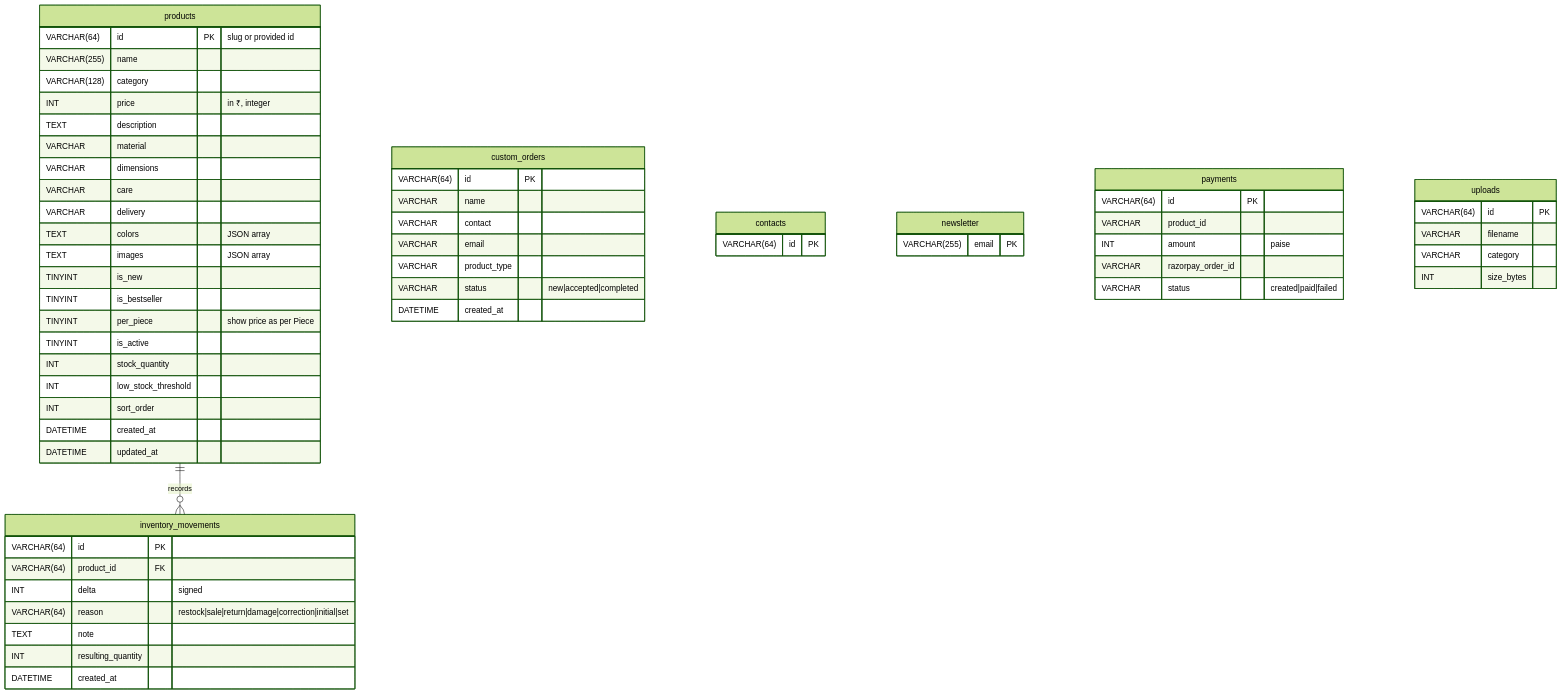
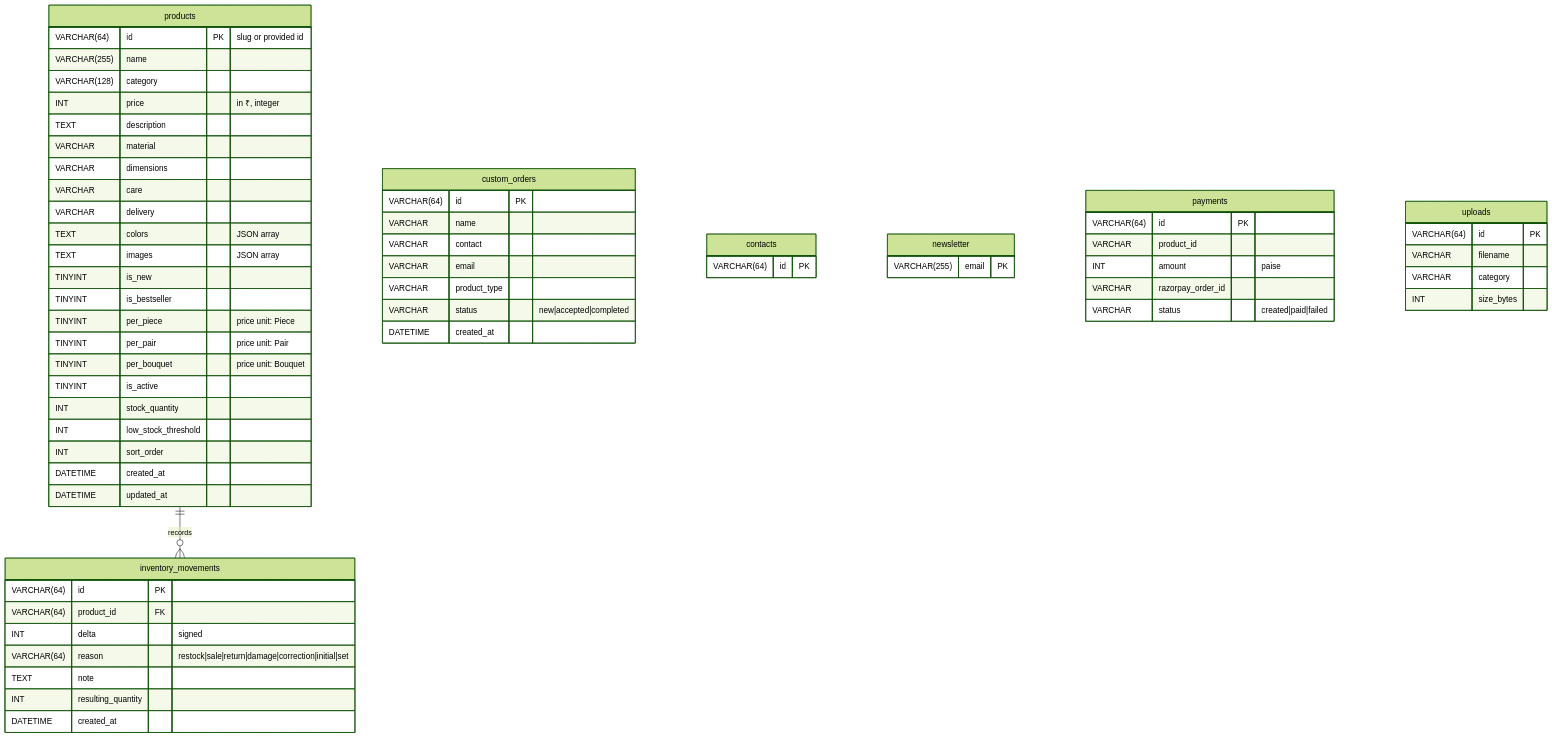
The fourth of 6 diagrams in README.md (ezioavi42/_SutraKriti2.0), drawn with Mermaid (forest theme) before and after one commit. The commit also changed other lines of this file and 10 other files, not shown here.

````diff
--- a/README.md
+++ b/README.md
@@ -185,59 +185,61 @@
 ```mermaid
 erDiagram
     products ||--o{ inventory_movements : "records"
     products {
         VARCHAR(64) id PK "slug or provided id"
         VARCHAR(255) name
         VARCHAR(128) category
         INT price "in ₹, integer"
         TEXT description
         VARCHAR material
         VARCHAR dimensions
         VARCHAR care
         VARCHAR delivery
         TEXT colors "JSON array"
         TEXT images "JSON array"
         TINYINT is_new
         TINYINT is_bestseller
-        TINYINT per_piece "show price as per Piece"
+        TINYINT per_piece "price unit: Piece"
+        TINYINT per_pair "price unit: Pair"
+        TINYINT per_bouquet "price unit: Bouquet"
         TINYINT is_active
         INT stock_quantity
         INT low_stock_threshold
         INT sort_order
         DATETIME created_at
         DATETIME updated_at
     }
     inventory_movements {
         VARCHAR(64) id PK
         VARCHAR(64) product_id FK
         INT delta "signed"
         VARCHAR(64) reason "restock|sale|return|damage|correction|initial|set"
         TEXT note
         INT resulting_quantity
         DATETIME created_at
     }
     custom_orders {
         VARCHAR(64) id PK
         VARCHAR name
         VARCHAR contact
         VARCHAR email
         VARCHAR product_type
         VARCHAR status "new|accepted|completed"
         DATETIME created_at
     }
     contacts { VARCHAR(64) id PK }
     newsletter { VARCHAR(255) email PK }
     payments {
         VARCHAR(64) id PK
         VARCHAR product_id
         INT amount "paise"
         VARCHAR razorpay_order_id
         VARCHAR status "created|paid|failed"
     }
     uploads {
         VARCHAR(64) id PK
         VARCHAR filename
         VARCHAR category
         INT size_bytes
     }
 ```
````
